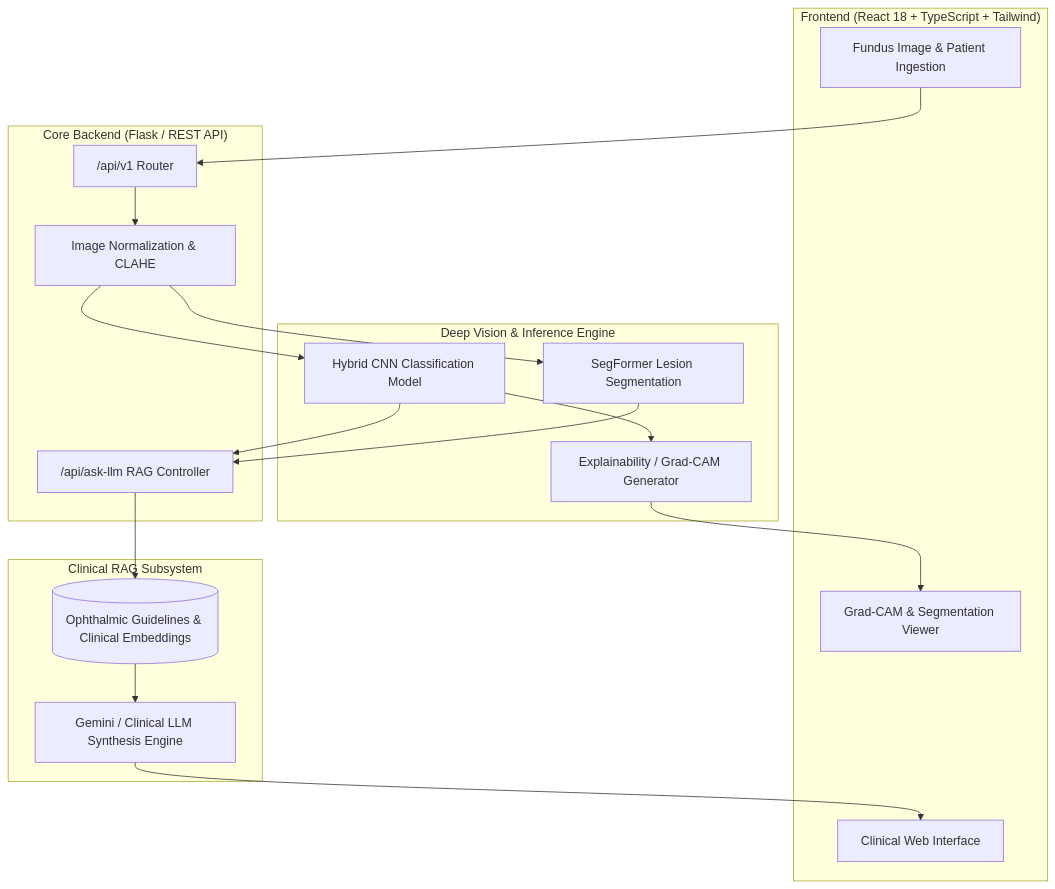
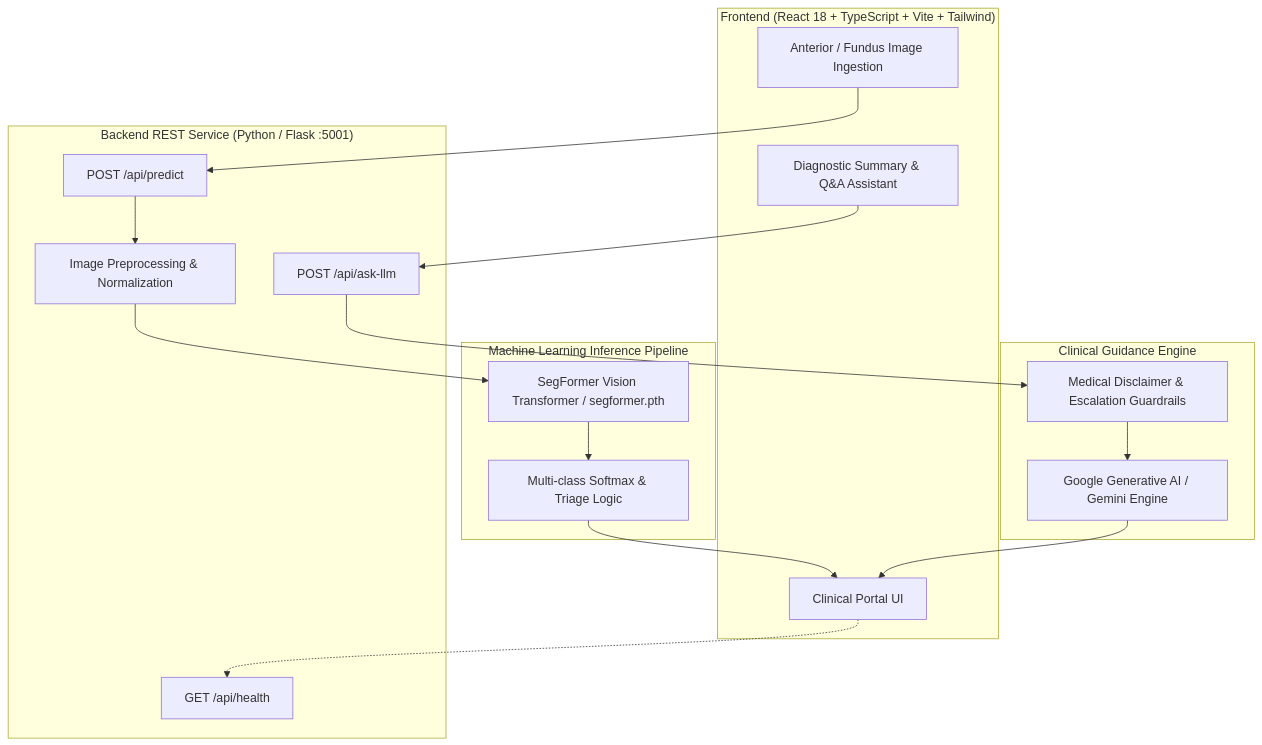
One commit to SHREESABARI-5143/VitalArc changed the diagram in README.md. Above: the diagram before and after it, drawn with Mermaid. The commit also changed other lines of this file and 7 other files, not shown here.

Commit message:
fix(security & audit): sanitize secrets, add CodeQL workflow, and align README with verified model architecture

````diff
--- a/README.md
+++ b/README.md
@@ -32,35 +38,31 @@
 ```mermaid
 flowchart TD
-    subgraph Client ["Frontend (React 18 + TypeScript + Tailwind)"]
-        UI[Clinical Web Interface]
-        Upload[Fundus Image & Patient Ingestion]
-        Visualizer[Grad-CAM & Segmentation Viewer]
+    subgraph Client ["Frontend (React 18 + TypeScript + Vite + Tailwind)"]
+        UI[Clinical Portal UI]
+        Upload[Anterior / Fundus Image Ingestion]
+        Report[Diagnostic Summary & Q&A Assistant]
     end
 
-    subgraph Backend_Gateway ["Core Backend (Flask / REST API)"]
-        Router["/api/v1 Router"]
-        Preproc[Image Normalization & CLAHE]
-        RAGRouter["/api/ask-llm RAG Controller"]
+    subgraph Gateway ["Backend REST Service (Python / Flask :5001)"]
+        HealthRouter["GET /api/health"]
+        PredictRouter["POST /api/predict"]
+        LLMRouter["POST /api/ask-llm"]
+        Preproc[Image Preprocessing & Normalization]
     end
 
-    subgraph DL_Engine ["Deep Vision & Inference Engine"]
-        CNN[Hybrid CNN Classification Model]
-        Seg[SegFormer Lesion Segmentation]
-        GradCAM[Explainability / Grad-CAM Generator]
+    subgraph ML_Subsystem ["Machine Learning Inference Pipeline"]
+        Model[SegFormer Vision Transformer / segformer.pth]
+        Softmax[Multi-class Softmax & Triage Logic]
     end
 
-    subgraph Knowledge_Base ["Clinical RAG Subsystem"]
-        VectorDB[(Ophthalmic Guidelines & Clinical Embeddings)]
-        LLM[Gemini / Clinical LLM Synthesis Engine]
+    subgraph LLM_Service ["Clinical Guidance Engine"]
+        GenAI[Google Generative AI / Gemini Engine]
+        Guardrails[Medical Disclaimer & Escalation Guardrails]
     end
 
-    Upload --> Router
-    Router --> Preproc
-    Preproc --> CNN & Seg
-    CNN --> GradCAM
-    GradCAM --> Visualizer
-    CNN & Seg --> RAGRouter
-    RAGRouter --> VectorDB
-    VectorDB --> LLM
-    LLM --> UI
+    Upload --> PredictRouter
+    PredictRouter --> Preproc --> Model --> Softmax --> UI
+    Report --> LLMRouter
+    LLMRouter --> Guardrails --> GenAI --> UI
+    UI -.-> HealthRouter
 ```
````
